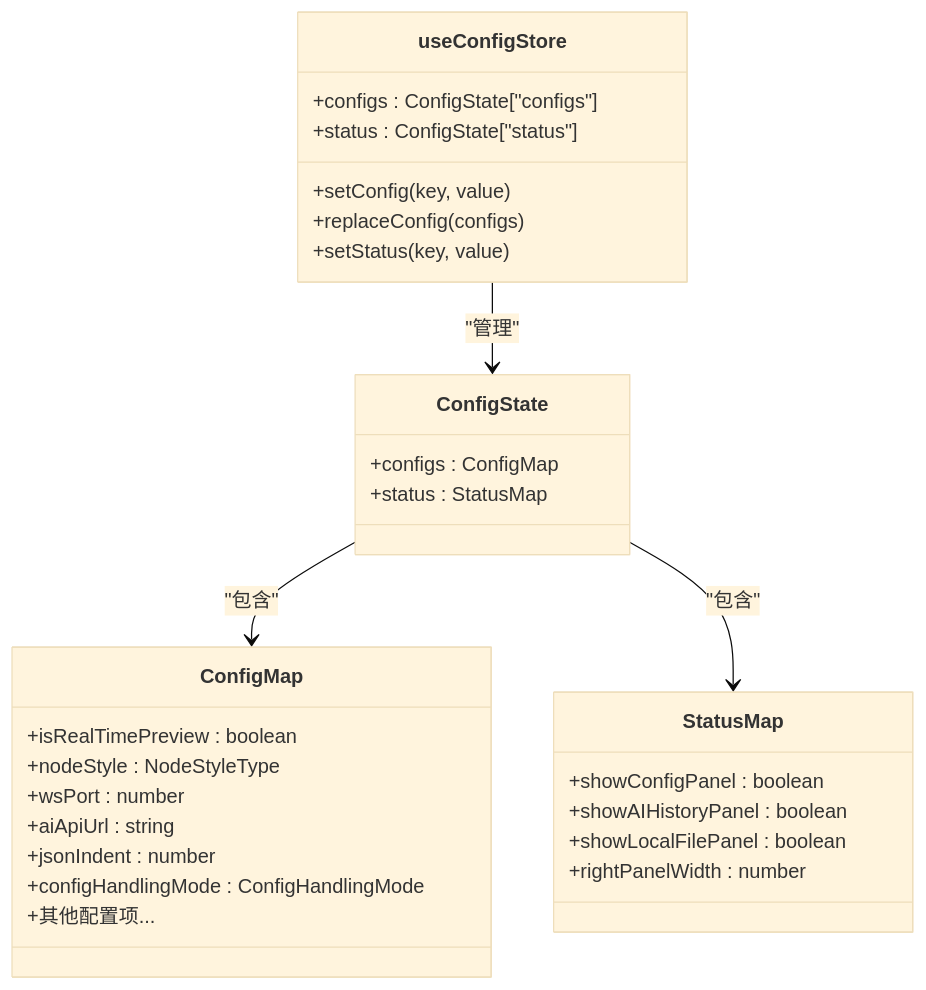
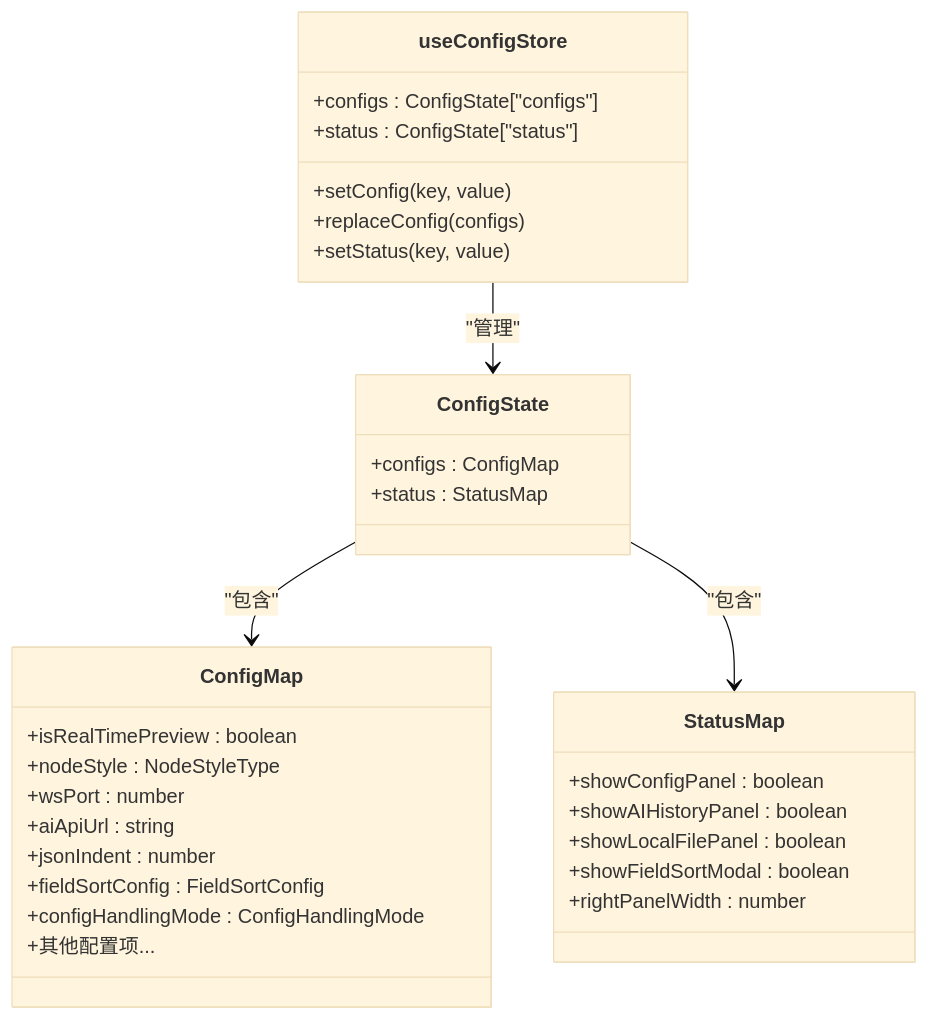
Before and after one commit to kqcoxn/MaaPipelineEditor: the fourth of 17 diagrams in .qoder/repowiki/zh/content/Config Store.md, drawn with Mermaid (base theme). The commit also changed other lines of this file and 22 other files, not shown here.

````diff
--- a/.qoder/repowiki/zh/content/Config Store.md
+++ b/.qoder/repowiki/zh/content/Config Store.md
@@ -203,32 +232,34 @@
 ```mermaid
 classDiagram
 class useConfigStore {
 +configs : ConfigState["configs"]
 +status : ConfigState["status"]
 +setConfig(key, value)
 +replaceConfig(configs)
 +setStatus(key, value)
 }
 class ConfigState {
 +configs : ConfigMap
 +status : StatusMap
 }
 class ConfigMap {
 +isRealTimePreview : boolean
 +nodeStyle : NodeStyleType
 +wsPort : number
 +aiApiUrl : string
 +jsonIndent : number
++fieldSortConfig : FieldSortConfig
 +configHandlingMode : ConfigHandlingMode
 +其他配置项...
 }
 class StatusMap {
 +showConfigPanel : boolean
 +showAIHistoryPanel : boolean
 +showLocalFilePanel : boolean
++showFieldSortModal : boolean
 +rightPanelWidth : number
 }
 useConfigStore --> ConfigState : "管理"
 ConfigState --> ConfigMap : "包含"
 ConfigState --> StatusMap : "包含"
 ```
````
